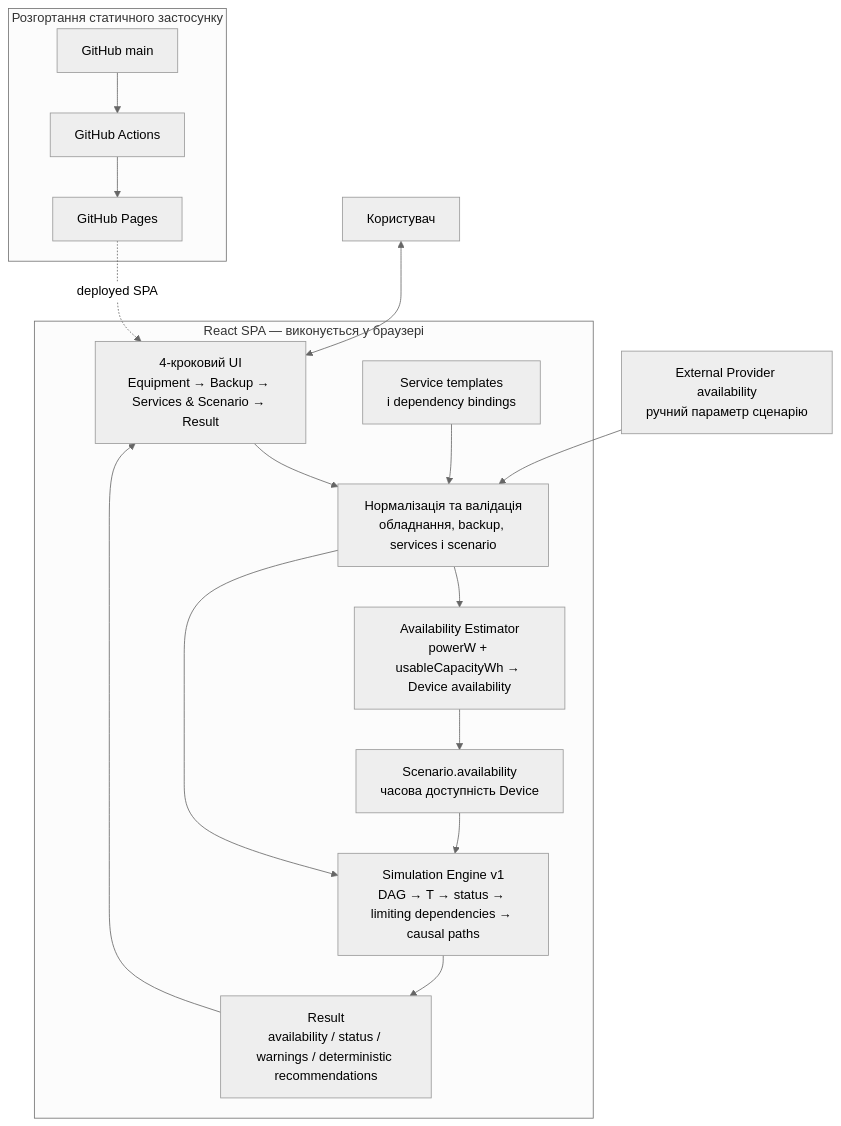
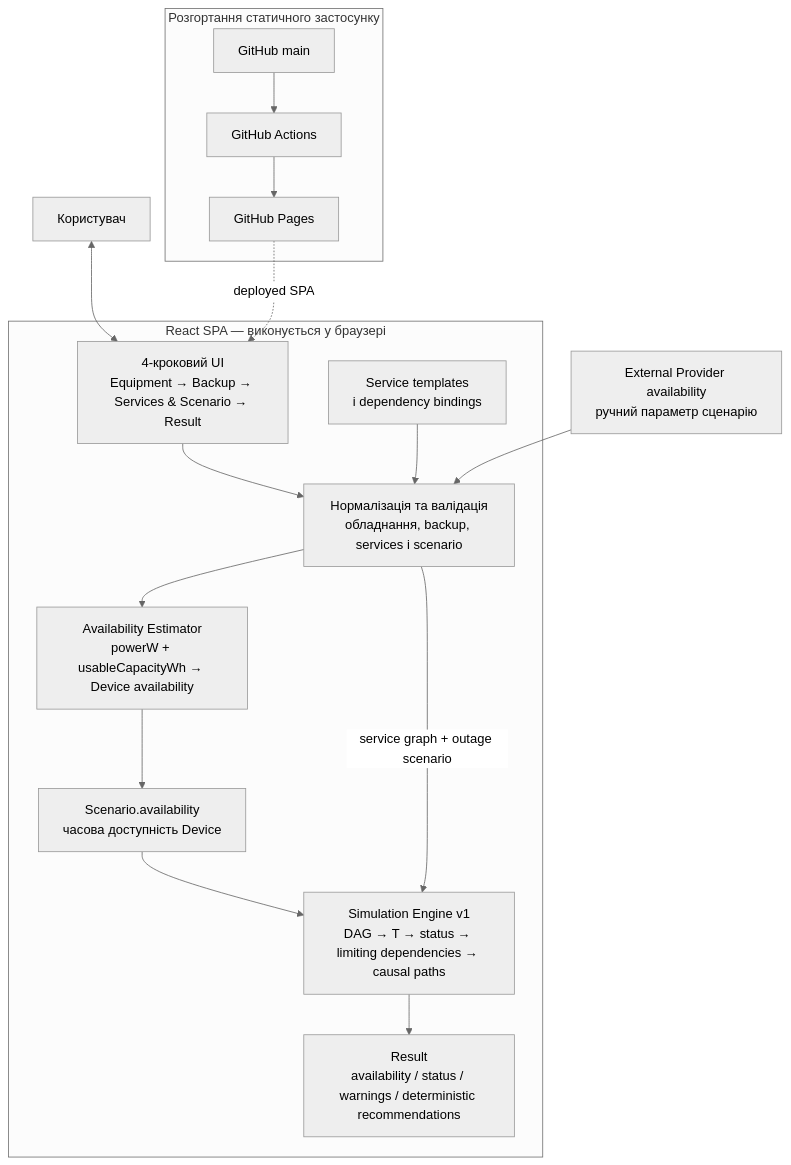
Before and after one commit to Serhii-Palamarchuk/capstone-household-service-availability: the diagram in docs/diagrams/mvp-architecture.md, drawn with Mermaid (neutral theme). The commit also changed other lines of this file, not shown here.

Commit message:
docs: align architecture markdown with diagram source

````diff
--- a/docs/diagrams/mvp-architecture.md
+++ b/docs/diagrams/mvp-architecture.md
@@ -5,33 +5,32 @@
 ```mermaid
 flowchart TB
     U["Користувач"]
     EP["External Provider availability<br/>ручний параметр сценарію"]
 
     subgraph SPA["React SPA — виконується у браузері"]
         UI["4-кроковий UI<br/>Equipment → Backup → Services & Scenario → Result"]
         ST["Service templates<br/>і dependency bindings"]
         V["Нормалізація та валідація<br/>обладнання, backup, services і scenario"]
         AE["Availability Estimator<br/>powerW + usableCapacityWh → Device availability"]
         SA["Scenario.availability<br/>часова доступність Device"]
         SE["Simulation Engine v1<br/>DAG → T → status → limiting dependencies → causal paths"]
         R["Result<br/>availability / status / warnings / deterministic recommendations"]
 
         UI --> V
         ST --> V
         V --> AE
         AE --> SA
         SA --> SE
-        V --> SE
+        V -->|service graph + outage scenario| SE
         SE --> R
-        R --> UI
     end
 
     U <--> UI
     EP --> V
 
     subgraph DEPLOY["Розгортання статичного застосунку"]
         GH["GitHub main"] --> GA["GitHub Actions"] --> GP["GitHub Pages"]
     end
 
     GP -. "deployed SPA" .-> UI
 ```
````
